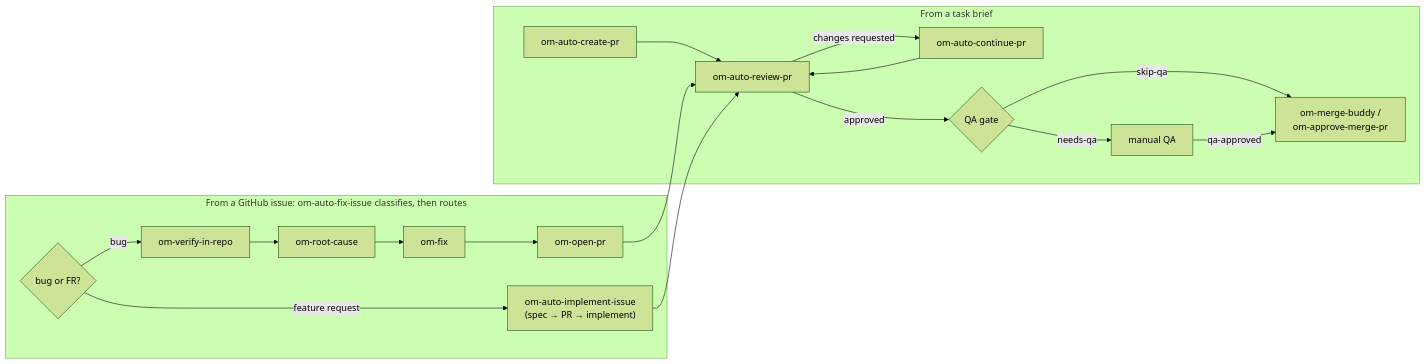
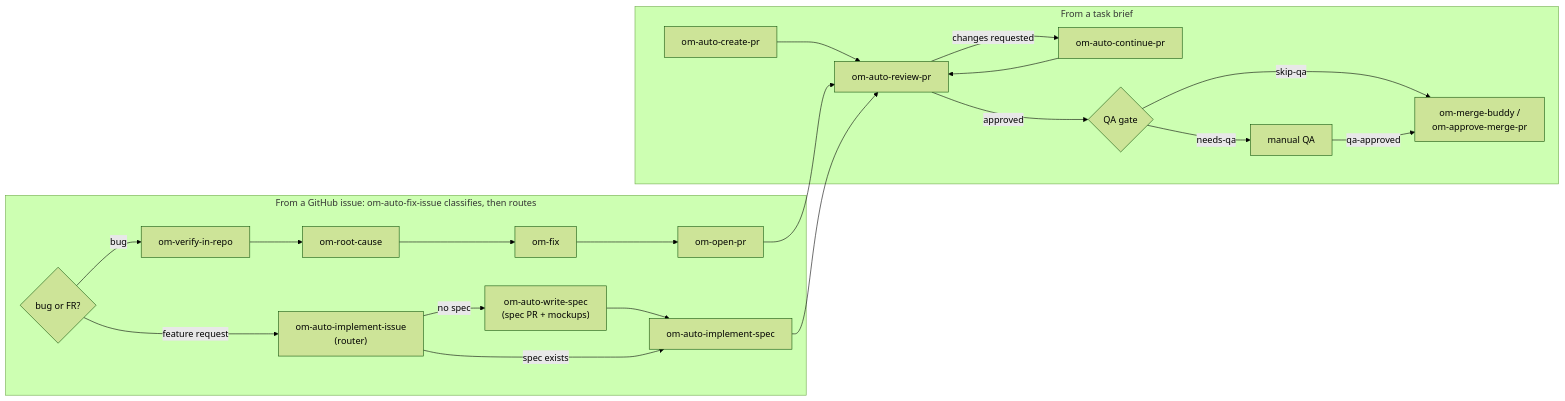
One commit to open-mercato/skills changed the diagram in README.md. Above: the diagram before and after it, drawn with Mermaid (forest theme). The commit also changed other lines of this file and 15 other files, not shown here.

````diff
--- a/README.md
+++ b/README.md
@@ -77,22 +79,25 @@
 ```mermaid
 flowchart LR
     subgraph brief ["From a task brief"]
         createPR["om-auto-create-pr"] --> reviewPR["om-auto-review-pr"]
         reviewPR -- "changes requested" --> continuePR["om-auto-continue-pr"]
         continuePR --> reviewPR
         reviewPR -- "approved" --> qaGate{"QA gate"}
         qaGate -- "skip-qa" --> mergePR["om-merge-buddy /<br/>om-approve-merge-pr"]
         qaGate -- "needs-qa" --> manualQA["manual QA"]
         manualQA -- "qa-approved" --> mergePR
     end
     subgraph issue ["From a GitHub issue: om-auto-fix-issue classifies, then routes"]
         classify{"bug or FR?"}
         classify -- "bug" --> verifyStep["om-verify-in-repo"]
         verifyStep --> rootCause["om-root-cause"]
         rootCause --> applyFix["om-fix"]
         applyFix --> openPR["om-open-pr"]
-        classify -- "feature request" --> implementFR["om-auto-implement-issue<br/>(spec → PR → implement)"]
+        classify -- "feature request" --> implementFR["om-auto-implement-issue<br/>(router)"]
+        implementFR -- "no spec" --> writeSpec["om-auto-write-spec<br/>(spec PR + mockups)"]
+        writeSpec --> implementSpec["om-auto-implement-spec"]
+        implementFR -- "spec exists" --> implementSpec
     end
     openPR --> reviewPR
-    implementFR --> reviewPR
+    implementSpec --> reviewPR
 ```
````
